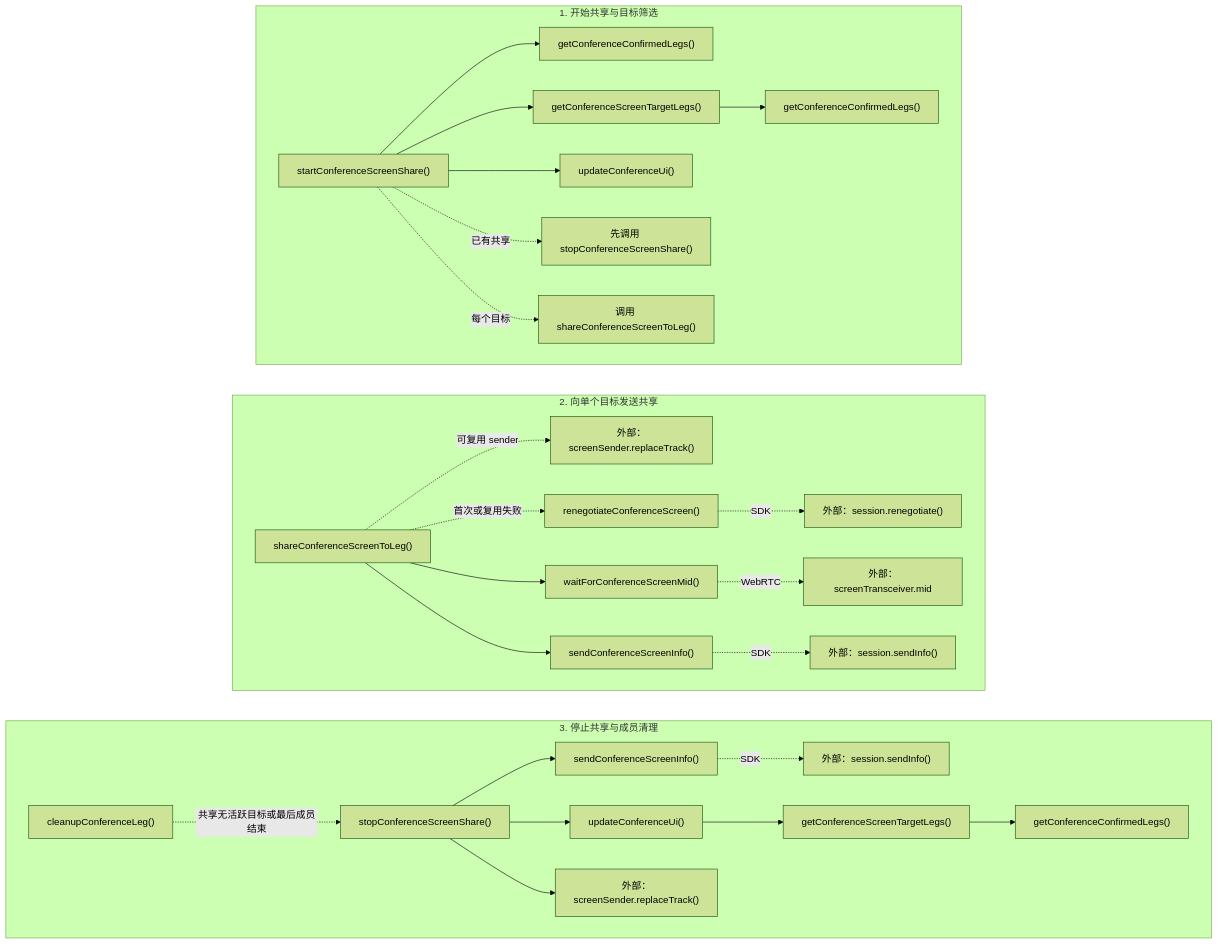
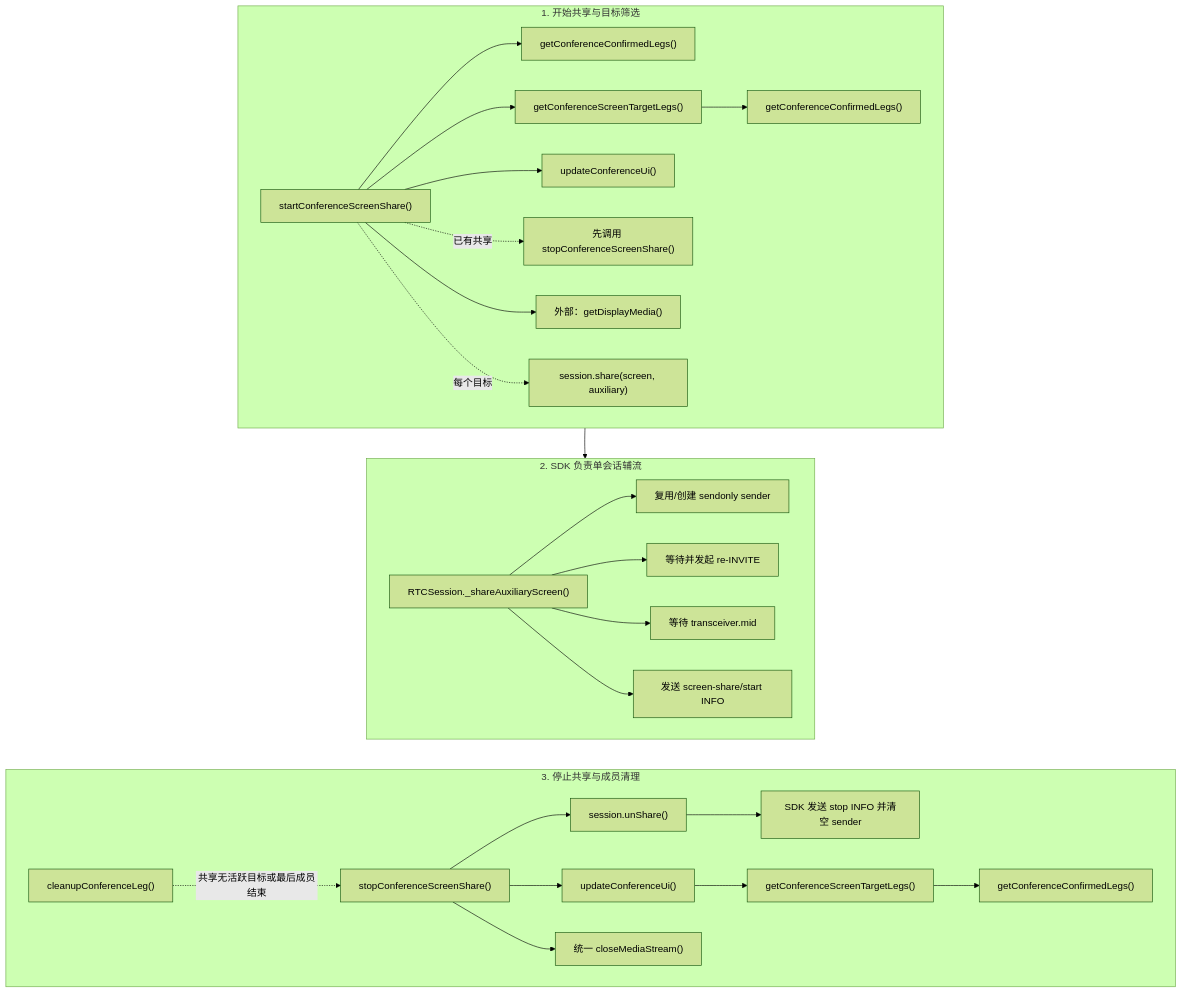
Diagram 16 of 17 in docs/app-conference-guide.md (lei40251/JsSIP), drawn with Mermaid (forest theme) before and after one commit. The commit also changed other lines of this file and 28 other files, not shown here.

````diff
--- a/docs/app-conference-guide.md
+++ b/docs/app-conference-guide.md
@@ -1185,37 +1170,36 @@
 ```mermaid
 flowchart TB
   subgraph START_FLOW["1. 开始共享与目标筛选"]
     direction LR
     START["startConferenceScreenShare()"] --> CONFIRMED_DIRECT["getConferenceConfirmedLegs()"]
     START --> TARGETS["getConferenceScreenTargetLegs()"]
     TARGETS --> CONFIRMED_TARGETS["getConferenceConfirmedLegs()"]
     START --> UI_START["updateConferenceUi()"]
     START -.->|"已有共享"| STOP_ENTRY["先调用 stopConferenceScreenShare()"]
-    START -.->|"每个目标"| SHARE_ENTRY["调用 shareConferenceScreenToLeg()"]
+    START --> GDM["外部：getDisplayMedia()"]
+    START -.->|"每个目标"| SHARE_ENTRY["session.share(screen, auxiliary)"]
   end
 
-  subgraph SHARE_FLOW["2. 向单个目标发送共享"]
+  subgraph SHARE_FLOW["2. SDK 负责单会话辅流"]
     direction LR
-    SHARE["shareConferenceScreenToLeg()"] -.->|"可复用 sender"| REPLACE["外部：screenSender.replaceTrack()"]
-    SHARE -.->|"首次或复用失败"| RENEGO["renegotiateConferenceScreen()"]
-    SHARE --> WAITMID["waitForConferenceScreenMid()"]
-    SHARE --> INFO["sendConferenceScreenInfo()"]
-    RENEGO -.->|"SDK"| SESSIONRE["外部：session.renegotiate()"]
-    WAITMID -.->|"WebRTC"| MID["外部：screenTransceiver.mid"]
-    INFO -.->|"SDK"| SIPINFO["外部：session.sendInfo()"]
+    SHARE_ENTRY --> SDK_SHARE["RTCSession._shareAuxiliaryScreen()"]
+    SDK_SHARE --> SENDER["复用/创建 sendonly sender"]
+    SDK_SHARE --> RENEGO["等待并发起 re-INVITE"]
+    SDK_SHARE --> MID["等待 transceiver.mid"]
+    SDK_SHARE --> INFO["发送 screen-share/start INFO"]
   end
 
   subgraph STOP_FLOW["3. 停止共享与成员清理"]
     direction LR
     CLEAN["cleanupConferenceLeg()"] -.->|"共享无活跃目标或最后成员结束"| STOP["stopConferenceScreenShare()"]
-    STOP --> INFO_STOP["sendConferenceScreenInfo()"]
+    STOP --> UNSHARE["session.unShare()"]
     STOP --> UI_STOP["updateConferenceUi()"]
-    STOP --> REPLACE_STOP["外部：screenSender.replaceTrack()"]
-    INFO_STOP -.->|"SDK"| SIPINFO_STOP["外部：session.sendInfo()"]
+    UNSHARE --> SDK_STOP["SDK 发送 stop INFO 并清空 sender"]
+    STOP --> CLOSE_STREAM["统一 closeMediaStream()"]
     UI_STOP --> TARGETS_STOP["getConferenceScreenTargetLegs()"]
     TARGETS_STOP --> CONFIRMED_STOP["getConferenceConfirmedLegs()"]
   end
 
   START_FLOW ~~~ SHARE_FLOW
   SHARE_FLOW ~~~ STOP_FLOW
 ```
````
